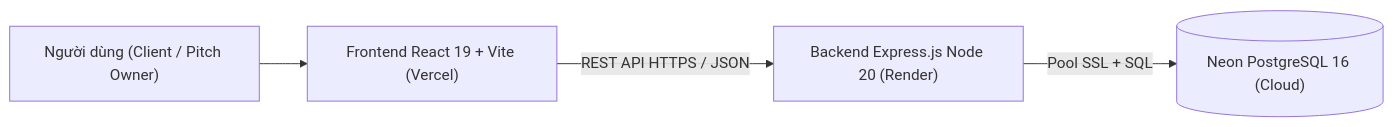
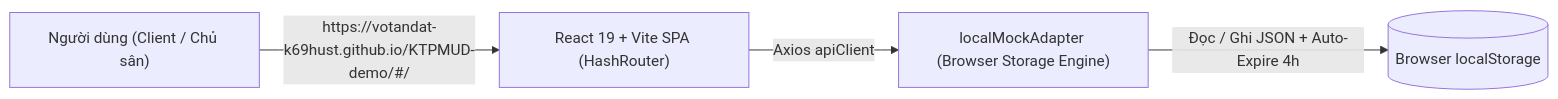
Before and after one commit to votandat-K69HUST/ktpmud-project: the diagram in submissions/dat_san_bong_173820_n04/README.md, drawn with Mermaid. The commit also changed other lines of this file and 39 other files, not shown here.

````diff
--- a/submissions/dat_san_bong_173820_n04/README.md
+++ b/submissions/dat_san_bong_173820_n04/README.md
@@ -24,6 +25,6 @@
 ```mermaid
 flowchart LR
-  User["Người dùng (Client / Pitch Owner)"] --> FE["Frontend React 19 + Vite (Vercel)"]
-  FE -->|REST API HTTPS / JSON| BE["Backend Express.js Node 20 (Render)"]
-  BE -->|Pool SSL + SQL| DB[("Neon PostgreSQL 16 (Cloud)")]
+  User["Người dùng (Client / Chủ sân)"] -->|"https://votandat-k69hust.github.io/KTPMUD-demo/#/"| SPA["React 19 + Vite SPA (HashRouter)"]
+  SPA -->|"Axios apiClient"| Adapter["localMockAdapter (Browser Storage Engine)"]
+  Adapter -->|"Đọc / Ghi JSON + Auto-Expire 4h"| Store[("Browser localStorage")]
 ```
````
